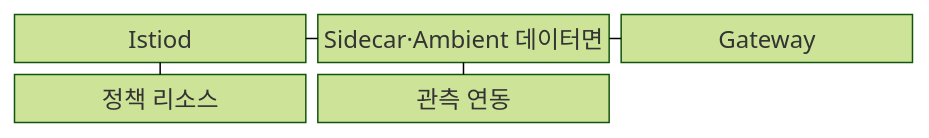
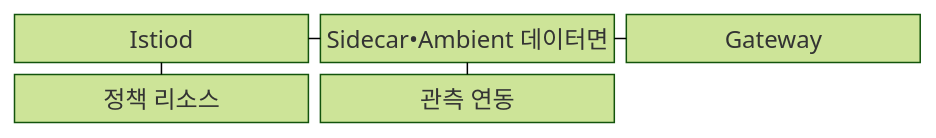
One commit to agnusdei1207/knowledge-base changed the first of 2 diagrams in src/content/docs/notes/03-software/160_istio_service_mesh.md. Above: the diagram before and after it, drawn with Mermaid (forest theme). The commit also changed other lines of this file and 953 other files, not shown here.

````diff
--- a/src/content/docs/notes/03-software/160_istio_service_mesh.md
+++ b/src/content/docs/notes/03-software/160_istio_service_mesh.md
@@ -69,13 +69,13 @@
 ```mermaid
 block
   columns 3
   I["Istiod"]
-  D["Sidecar·Ambient 데이터면"]
+  D["Sidecar•Ambient 데이터면"]
   G["Gateway"]
   P["정책 리소스"]
   O["관측 연동"]
   I --- P
   I --- D
   D --- G
   D --- O
 ```
````
